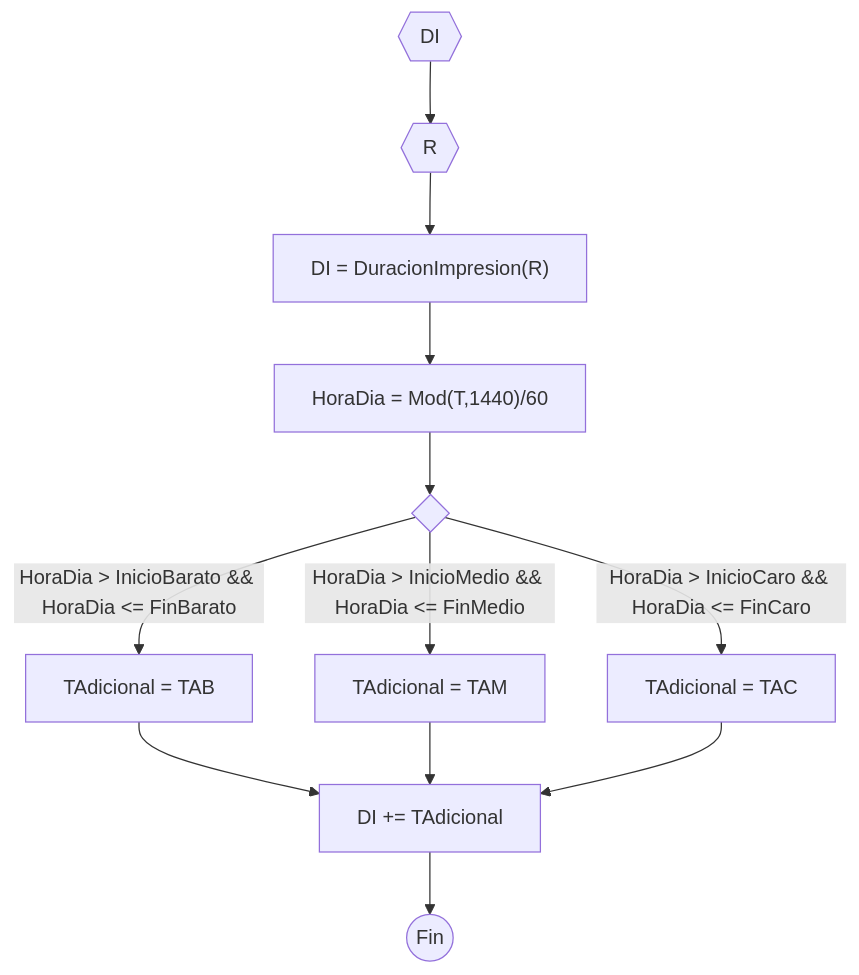
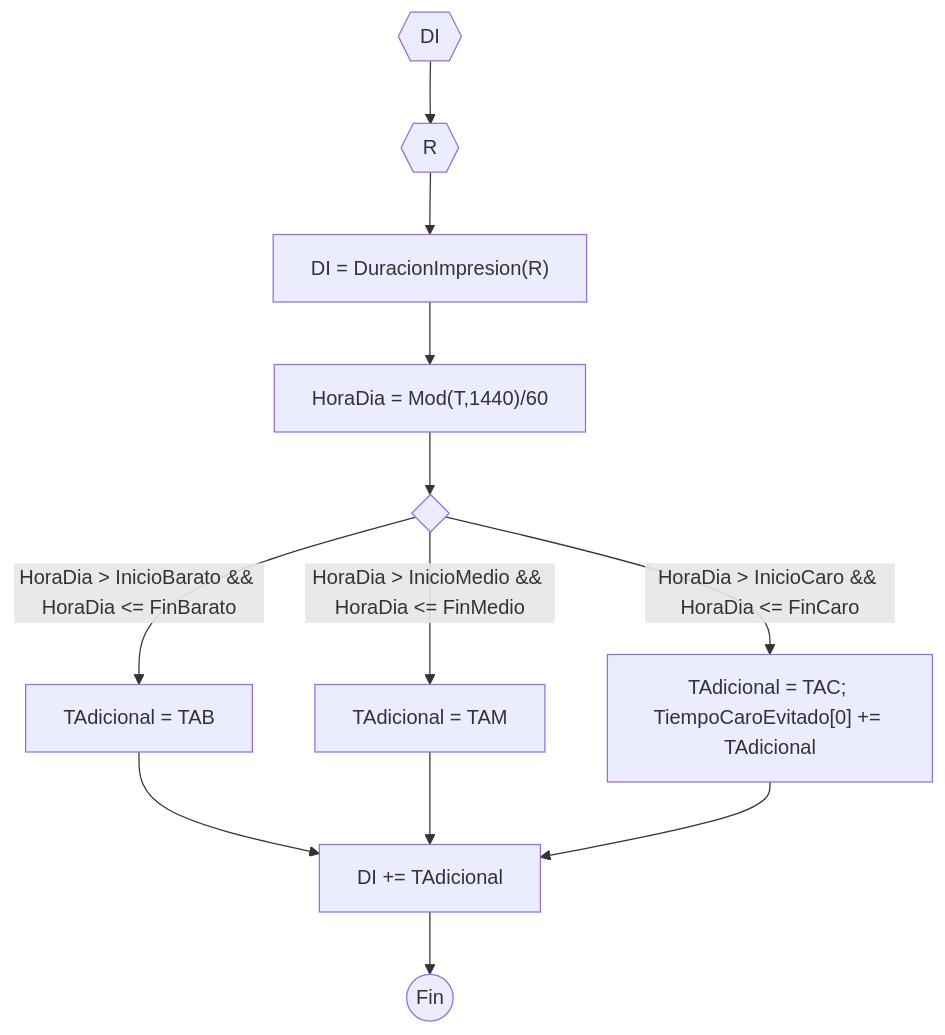
One commit to JuanManuelPrividera/TP-Simu changed the diagram in docs/Diagramas/impresion/DI.mermaid. Above: the diagram before and after it, drawn with Mermaid. The commit also changed 12 other files, not shown here.

```diff
--- a/docs/Diagramas/impresion/DI.mermaid
+++ b/docs/Diagramas/impresion/DI.mermaid
@@ -1,12 +1,12 @@
 flowchart TD
     aa{{DI}} --> a{{R}}
     a --> a1["DI = DuracionImpresion(R)"]
     a1 --> a4["HoraDia = Mod(T,1440)/60"]
     a4 --> a2{" "}
     a2 --> |"HoraDia > InicioBarato && HoraDia <= FinBarato"| b[TAdicional = TAB]
     a2 --> |"HoraDia > InicioMedio && HoraDia <= FinMedio"| b1[TAdicional = TAM]
-    a2 --> |"HoraDia > InicioCaro && HoraDia <= FinCaro"| b2[TAdicional = TAC]
+    a2 --> |"HoraDia > InicioCaro && HoraDia <= FinCaro"| b2["TAdicional = TAC; TiempoCaroEvitado[0] += TAdicional"]
     b --> c
     b1 --> c
     b2 --> c[DI += TAdicional]
     c --> d((Fin))
```
